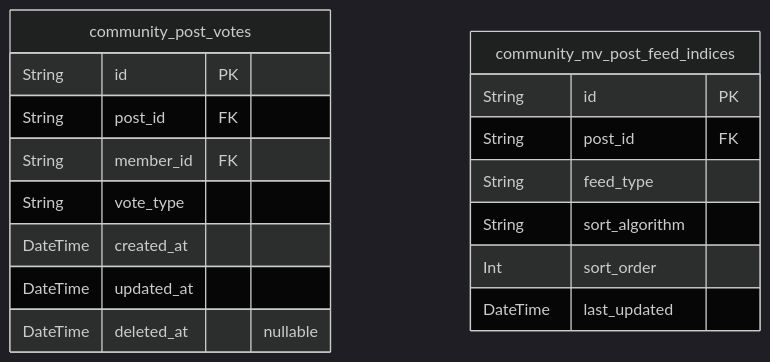
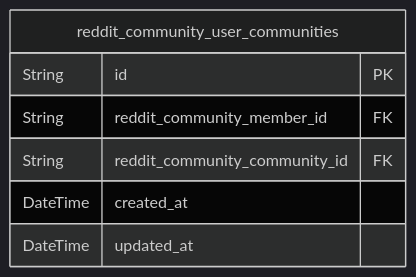
One commit to wrtnlabs/autobe-examples changed the fourth of 7 diagrams in qwen/qwen3-next-80b-a3b-instruct/reddit/docs/ERD.md. Above: the diagram before and after it, drawn with Mermaid (dark theme). The commit also changed other lines of this file and 3171 other files, not shown here.

````diff
--- a/qwen/qwen3-next-80b-a3b-instruct/reddit/docs/ERD.md
+++ b/qwen/qwen3-next-80b-a3b-instruct/reddit/docs/ERD.md
@@ -1607,20 +1025,10 @@
 ```mermaid
 erDiagram
-"community_post_votes" {
+"reddit_community_user_communities" {
   String id PK
-  String post_id FK
-  String member_id FK
-  String vote_type
+  String reddit_community_member_id FK
+  String reddit_community_community_id FK
   DateTime created_at
   DateTime updated_at
-  DateTime deleted_at "nullable"
-}
-"community_mv_post_feed_indices" {
-  String id PK
-  String post_id FK
-  String feed_type
-  String sort_algorithm
-  Int sort_order
-  DateTime last_updated
 }
 ```
````
